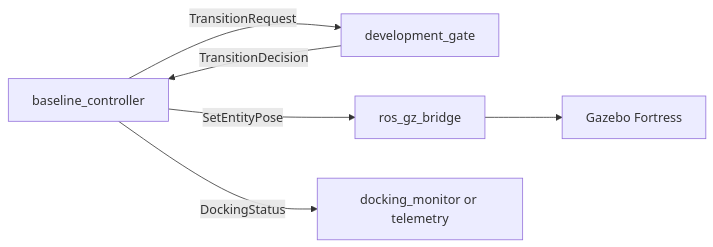
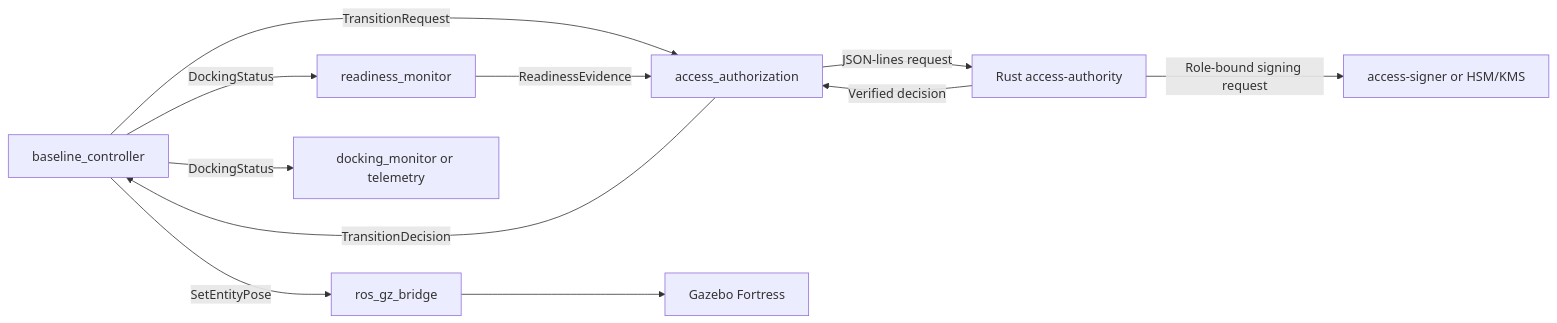
Before and after one commit to dboulet01/access: the third of 4 diagrams in docs/architecture.md, drawn with Mermaid. The commit also changed other lines of this file and 5 other files, not shown here.

````diff
--- a/docs/architecture.md
+++ b/docs/architecture.md
@@ -70,8 +71,13 @@
 ```mermaid
 flowchart LR
-    CTRL[baseline_controller] -->|TransitionRequest| DEV[development_gate]
-    DEV -->|TransitionDecision| CTRL
+    CTRL[baseline_controller] -->|TransitionRequest| ADAPTER[access_authorization]
+    CTRL -->|DockingStatus| READY[readiness_monitor]
+    READY -->|ReadinessEvidence| ADAPTER
+    ADAPTER -->|JSON-lines request| ACCESS[Rust access-authority]
+    ACCESS -->|Role-bound signing request| SIGNER[access-signer or HSM/KMS]
+    ACCESS -->|Verified decision| ADAPTER
+    ADAPTER -->|TransitionDecision| CTRL
     CTRL -->|SetEntityPose| BRIDGE[ros_gz_bridge]
     BRIDGE --> GZ[Gazebo Fortress]
     CTRL -->|DockingStatus| MON[docking_monitor or telemetry]
 ```
````
